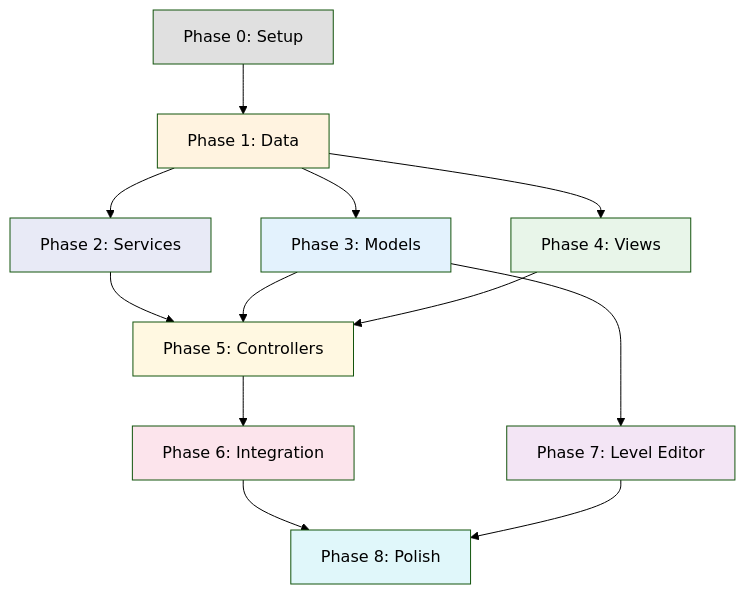
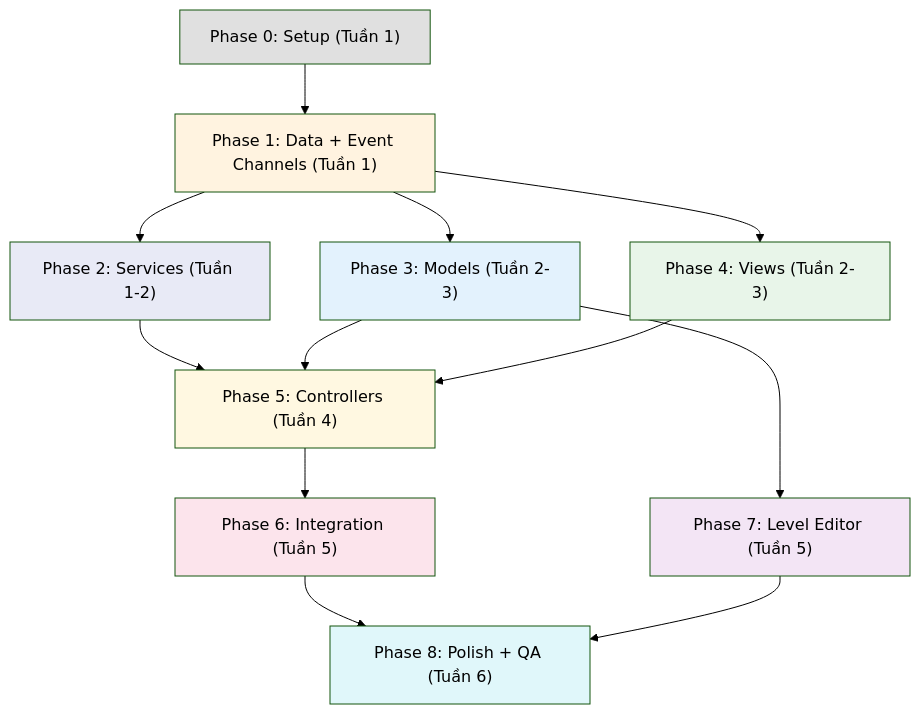
One commit to gcc-dtung/Pirate-Tiles changed the diagram in Assets/Documents/_03.TaskBreakdown.md. Above: the diagram before and after it, drawn with Mermaid (forest theme). The commit also changed other lines of this file and 6 other files, not shown here.

````diff
--- a/Assets/Documents/_03.TaskBreakdown.md
+++ b/Assets/Documents/_03.TaskBreakdown.md
@@ -283,24 +44,24 @@
 ```mermaid
 graph TD
-    P0[Phase 0: Setup] --> P1[Phase 1: Data]
-    P1 --> P2[Phase 2: Services]
-    P1 --> P3[Phase 3: Models]
-    P2 --> P5[Phase 5: Controllers]
+    P0["Phase 0: Setup (Tuần 1)"] --> P1["Phase 1: Data + Event Channels (Tuần 1)"]
+    P1 --> P2["Phase 2: Services (Tuần 1-2)"]
+    P1 --> P3["Phase 3: Models (Tuần 2-3)"]
+    P1 --> P4["Phase 4: Views (Tuần 2-3)"]
+    P2 --> P5["Phase 5: Controllers (Tuần 4)"]
     P3 --> P5
-    P1 --> P4[Phase 4: Views]
     P4 --> P5
-    P5 --> P6[Phase 6: Integration]
-    P3 --> P7[Phase 7: Level Editor]
-    P6 --> P8[Phase 8: Polish]
+    P5 --> P6["Phase 6: Integration (Tuần 5)"]
+    P3 --> P7["Phase 7: Level Editor (Tuần 5)"]
+    P6 --> P8["Phase 8: Polish + QA (Tuần 6)"]
     P7 --> P8
 
     style P0 fill:#e0e0e0
     style P1 fill:#fff3e0
     style P2 fill:#e8eaf6
     style P3 fill:#e3f2fd
     style P4 fill:#e8f5e9
     style P5 fill:#fff8e1
     style P6 fill:#fce4ec
     style P7 fill:#f3e5f5
     style P8 fill:#e0f7fa
 ```
````
